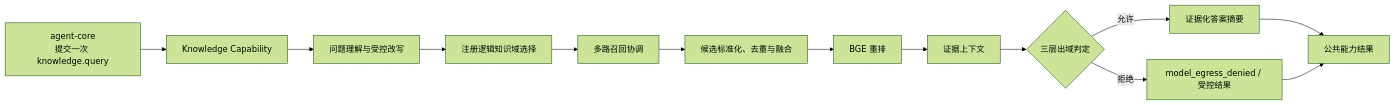
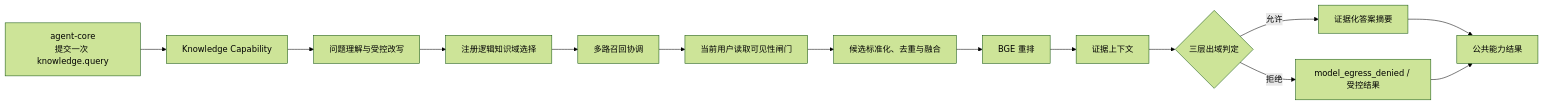
The first of 2 diagrams in docs/design/L1_01_SINGLE_AGENT_KNOWLEDGE_QUERY_ARCHITECTURE.md (KyriosoO/springcloud-demo), drawn with Mermaid (forest theme) before and after one commit. The commit also changed other lines of this file and 3 other files, not shown here.

Commit message:
docs: review knowledge query L1 architecture

````diff
--- a/docs/design/L1_01_SINGLE_AGENT_KNOWLEDGE_QUERY_ARCHITECTURE.md
+++ b/docs/design/L1_01_SINGLE_AGENT_KNOWLEDGE_QUERY_ARCHITECTURE.md
@@ -162,15 +188,16 @@
 ```mermaid
 flowchart LR
     Core["agent-core<br/>提交一次 knowledge.query"] --> Capability["Knowledge Capability"]
     Capability --> Rewrite["问题理解与受控改写"]
     Rewrite --> Domain["注册逻辑知识域选择"]
     Domain --> Recall["多路召回协调"]
-    Recall --> Fusion["候选标准化、去重与融合"]
+    Recall --> ReadGate["当前用户读取可见性闸门"]
+    ReadGate --> Fusion["候选标准化、去重与融合"]
     Fusion --> Rerank["BGE 重排"]
     Rerank --> Evidence["证据上下文"]
     Evidence --> Egress{"三层出域判定"}
     Egress -->|允许| Summary["证据化答案摘要"]
     Egress -->|拒绝| Denied["model_egress_denied / 受控结果"]
     Summary --> Result["公共能力结果"]
     Denied --> Result
 ```
````
